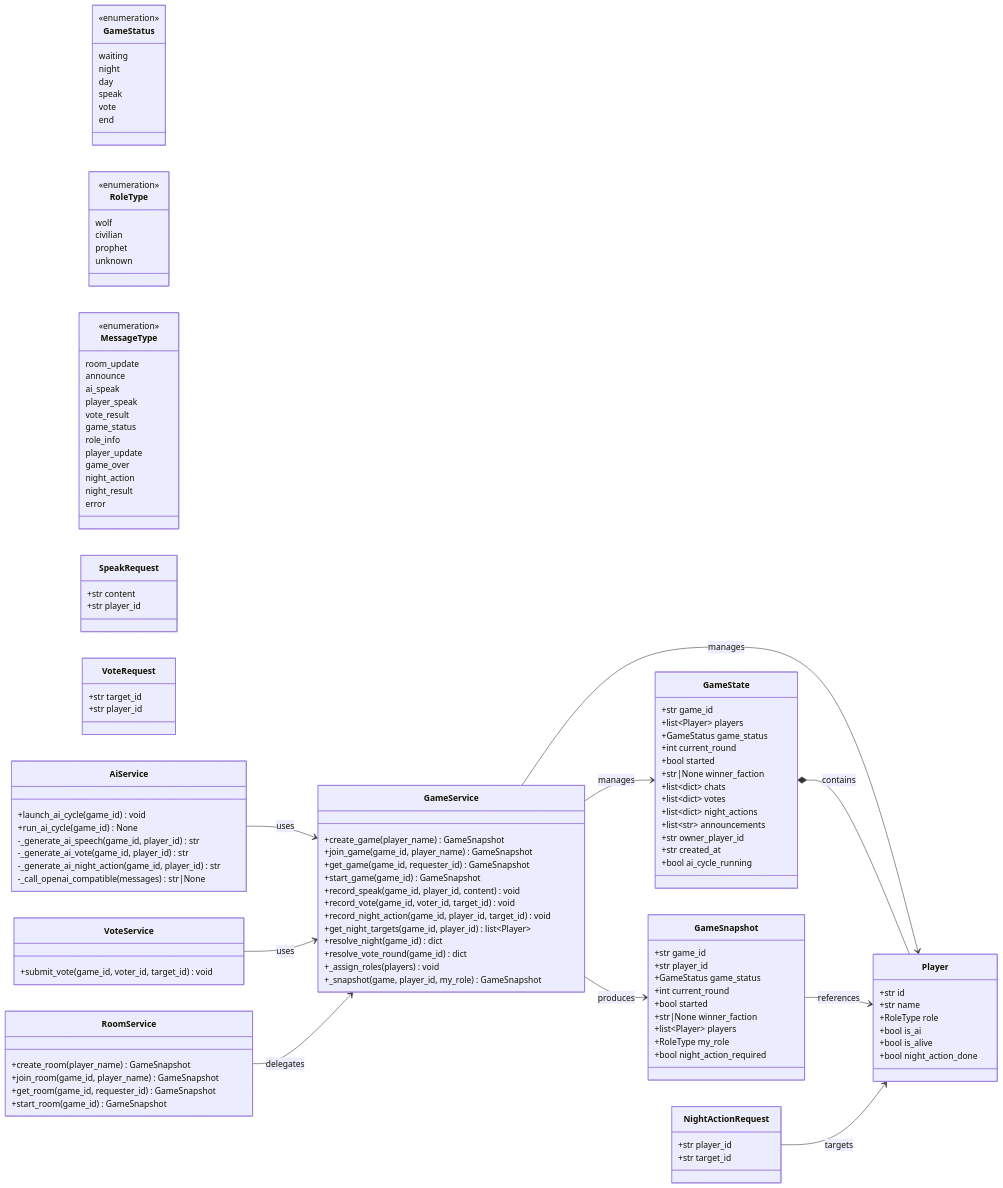
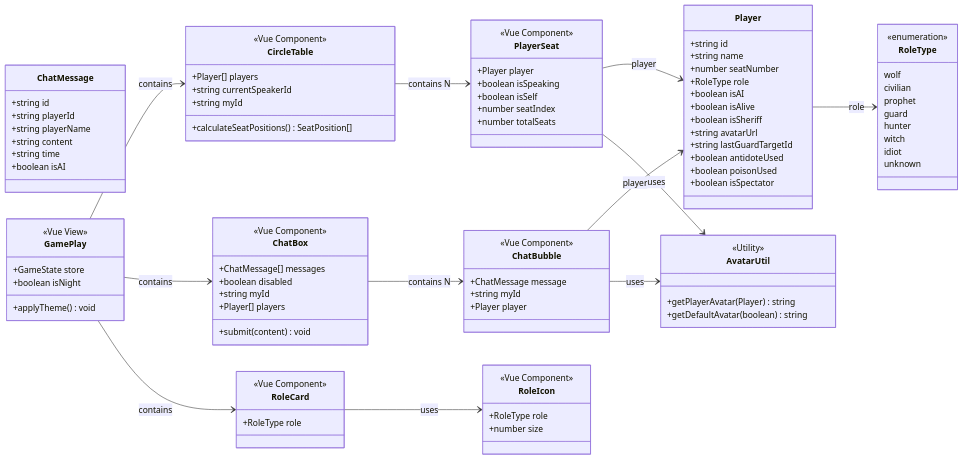
Before and after one commit to qianqi7777/WolfBot: the diagram in docs/class-diagram.mermaid, drawn with Mermaid. The commit also changed 61 other files, not shown here.

```diff
--- a/docs/class-diagram.mermaid
+++ b/docs/class-diagram.mermaid
@@ -1,133 +1,107 @@
 classDiagram
     direction LR
 
-    class GameStatus {
-        <<enumeration>>
-        waiting
-        night
-        day
-        speak
-        vote
-        end
+    class Player {
+        +string id
+        +string name
+        +number seatNumber
+        +RoleType role
+        +boolean isAI
+        +boolean isAlive
+        +boolean isSheriff
+        +string avatarUrl
+        +string lastGuardTargetId
+        +boolean antidoteUsed
+        +boolean poisonUsed
+        +boolean isSpectator
+    }
+
+    class ChatMessage {
+        +string id
+        +string playerId
+        +string playerName
+        +string content
+        +string time
+        +boolean isAI
     }
 
     class RoleType {
         <<enumeration>>
         wolf
         civilian
         prophet
+        guard
+        hunter
+        witch
+        idiot
         unknown
     }
 
-    class MessageType {
-        <<enumeration>>
-        room_update
-        announce
-        ai_speak
-        player_speak
-        vote_result
-        game_status
-        role_info
-        player_update
-        game_over
-        night_action
-        night_result
-        error
+    class PlayerSeat {
+        <<Vue Component>>
+        +Player player
+        +boolean isSpeaking
+        +boolean isSelf
+        +number seatIndex
+        +number totalSeats
     }
 
-    class Player {
-        +str id
-        +str name
-        +RoleType role
-        +bool is_ai
-        +bool is_alive
-        +bool night_action_done
+    class CircleTable {
+        <<Vue Component>>
+        +Player[] players
+        +string currentSpeakerId
+        +string myId
+        +calculateSeatPositions() SeatPosition[]
     }
 
-    class GameState {
-        +str game_id
-        +list~Player~ players
-        +GameStatus game_status
-        +int current_round
-        +bool started
-        +str|None winner_faction
-        +list~dict~ chats
-        +list~dict~ votes
-        +list~dict~ night_actions
-        +list~str~ announcements
-        +str owner_player_id
-        +str created_at
-        +bool ai_cycle_running
+    class ChatBubble {
+        <<Vue Component>>
+        +ChatMessage message
+        +string myId
+        +Player player
     }
 
-    class GameSnapshot {
-        +str game_id
-        +str player_id
-        +GameStatus game_status
-        +int current_round
-        +bool started
-        +str|None winner_faction
-        +list~Player~ players
-        +RoleType my_role
-        +bool night_action_required
+    class ChatBox {
+        <<Vue Component>>
+        +ChatMessage[] messages
+        +boolean disabled
+        +string myId
+        +Player[] players
+        +submit(content) void
     }
 
-    class NightActionRequest {
-        +str player_id
-        +str target_id
+    class RoleIcon {
+        <<Vue Component>>
+        +RoleType role
+        +number size
     }
 
-    class SpeakRequest {
-        +str content
-        +str player_id
+    class RoleCard {
+        <<Vue Component>>
+        +RoleType role
     }
 
-    class VoteRequest {
-        +str target_id
-        +str player_id
+    class GamePlay {
+        <<Vue View>>
+        +GameState store
+        +boolean isNight
+        +applyTheme() void
     }
 
-    class GameService {
-        +create_game(player_name) GameSnapshot
-        +join_game(game_id, player_name) GameSnapshot
-        +get_game(game_id, requester_id) GameSnapshot
-        +start_game(game_id) GameSnapshot
-        +record_speak(game_id, player_id, content) void
-        +record_vote(game_id, voter_id, target_id) void
-        +record_night_action(game_id, player_id, target_id) void
-        +get_night_targets(game_id, player_id) list~Player~
-        +resolve_night(game_id) dict
-        +resolve_vote_round(game_id) dict
-        +_assign_roles(players) void
-        +_snapshot(game, player_id, my_role) GameSnapshot
+    class AvatarUtil {
+        <<Utility>>
+        +getPlayerAvatar(Player) string
+        +getDefaultAvatar(boolean) string
     }
 
-    class AiService {
-        +launch_ai_cycle(game_id) void
-        +run_ai_cycle(game_id) None
-        -_generate_ai_speech(game_id, player_id) str
-        -_generate_ai_vote(game_id, player_id) str
-        -_generate_ai_night_action(game_id, player_id) str
-        -_call_openai_compatible(messages) str|None
-    }
-
-    class VoteService {
-        +submit_vote(game_id, voter_id, target_id) void
-    }
-
-    class RoomService {
-        +create_room(player_name) GameSnapshot
-        +join_room(game_id, player_name) GameSnapshot
-        +get_room(game_id, requester_id) GameSnapshot
-        +start_room(game_id) GameSnapshot
-    }
-
-    GameService --> GameState : manages
-    GameService --> GameSnapshot : produces
-    GameService --> Player : manages
-    AiService --> GameService : uses
-    VoteService --> GameService : uses
-    RoomService --> GameService : delegates
-    GameState *-- Player : contains
-    GameSnapshot --> Player : references
-    NightActionRequest --> Player : targets
+    Player --> RoleType : role
+    PlayerSeat --> Player : player
+    CircleTable --> PlayerSeat : contains N
+    ChatBox --> ChatBubble : contains N
+    ChatBubble --> Player : player
+    ChatBubble --> AvatarUtil : uses
+    PlayerSeat --> AvatarUtil : uses
+    RoleCard --> RoleIcon : uses
+    GamePlay --> CircleTable : contains
+    GamePlay --> ChatBox : contains
+    GamePlay --> RoleCard : contains
```
